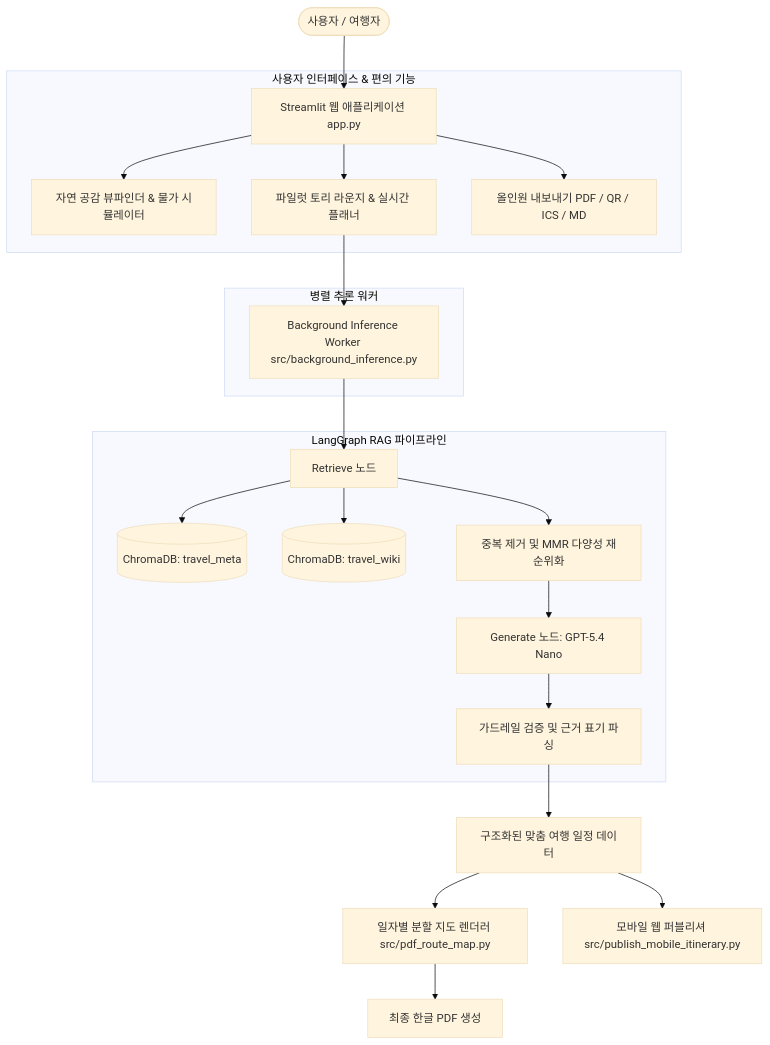
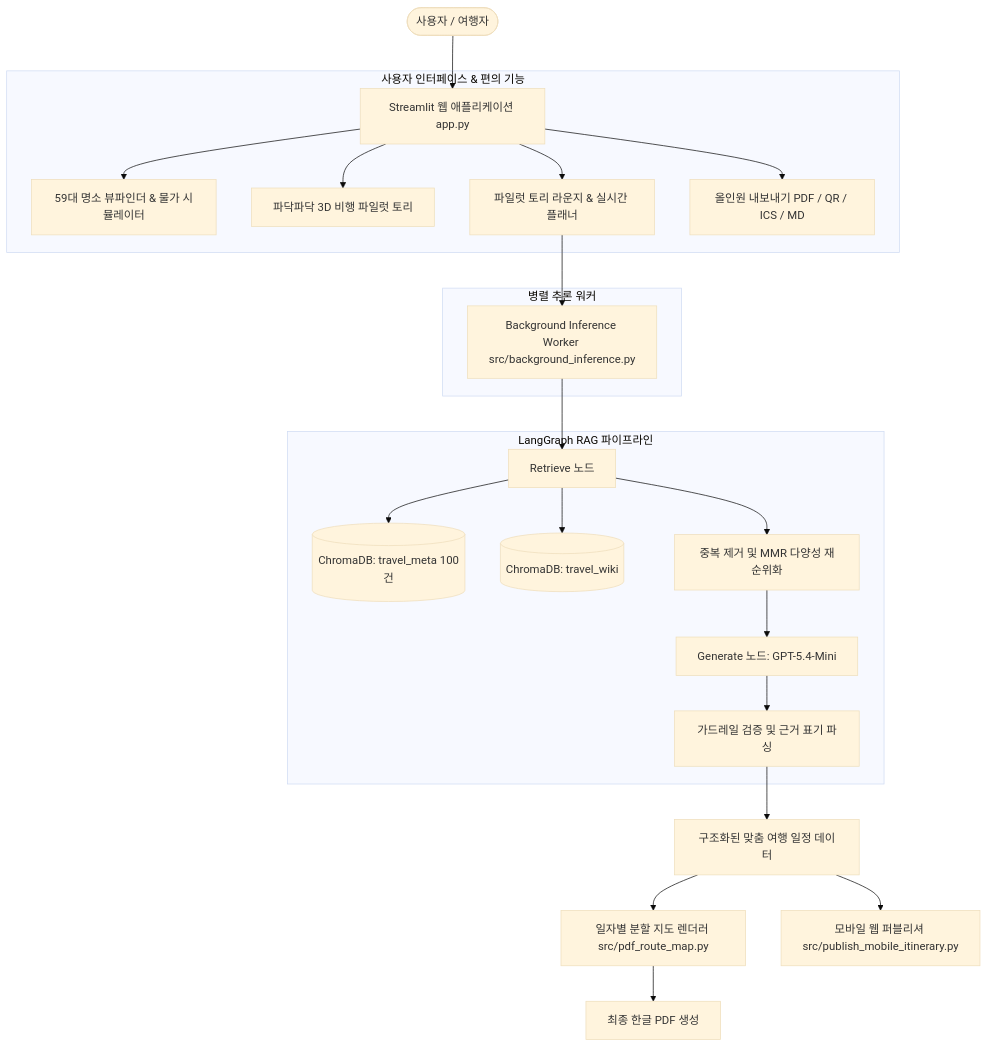
One commit to strongsun806/TripPilot changed the diagram in README.md. Above: the diagram before and after it, drawn with Mermaid (base theme). The commit also changed other lines of this file and 1 other file, not shown here.

Commit message:
docs: update README with transparent fluttering Tori, 59-city viewfinder, Yidstreet font, and Streamlit Cloud deployment guide

````diff
--- a/README.md
+++ b/README.md
@@ -89,28 +99,29 @@
 ```mermaid
 flowchart TD
     User([사용자 / 여행자]) --> UI[Streamlit 웹 애플리케이션 app.py]
     
     subgraph UI_Features [사용자 인터페이스 & 편의 기능]
-        UI --> Viewfinder[자연 공감 뷰파인더 & 물가 시뮬레이터]
+        UI --> Viewfinder[59대 명소 뷰파인더 & 물가 시뮬레이터]
+        UI --> Mascot[파닥파닥 3D 비행 파일럿 토리]
         UI --> Lounge[파일럿 토리 라운지 & 실시간 플래너]
         UI --> ExportHub[올인원 내보내기 PDF / QR / ICS / MD]
     end
 
     subgraph Async_Engine [병렬 추론 워커]
         Lounge --> BgWorker[Background Inference Worker src/background_inference.py]
     end
 
     subgraph LangGraph_RAG [LangGraph RAG 파이프라인]
         BgWorker --> RetrieveNode[Retrieve 노드]
-        RetrieveNode --> ChromaMeta[(ChromaDB: travel_meta)]
+        RetrieveNode --> ChromaMeta[(ChromaDB: travel_meta 100건)]
         RetrieveNode --> ChromaWiki[(ChromaDB: travel_wiki)]
         RetrieveNode --> MergeFilter[중복 제거 및 MMR 다양성 재순위화]
-        MergeFilter --> GenerateNode[Generate 노드: GPT-5.4 Nano]
+        MergeFilter --> GenerateNode[Generate 노드: GPT-5.4-Mini]
         GenerateNode --> Guardrail[가드레일 검증 및 근거 표기 파싱]
     end
 
     Guardrail --> ItineraryPlan[구조화된 맞춤 여행 일정 데이터]
     ItineraryPlan --> RouteMapGen[일자별 분할 지도 렌더러 src/pdf_route_map.py]
     ItineraryPlan --> MobileWebPub[모바일 웹 퍼블리셔 src/publish_mobile_itinerary.py]
     RouteMapGen --> PDF[최종 한글 PDF 생성]
 ```
````
